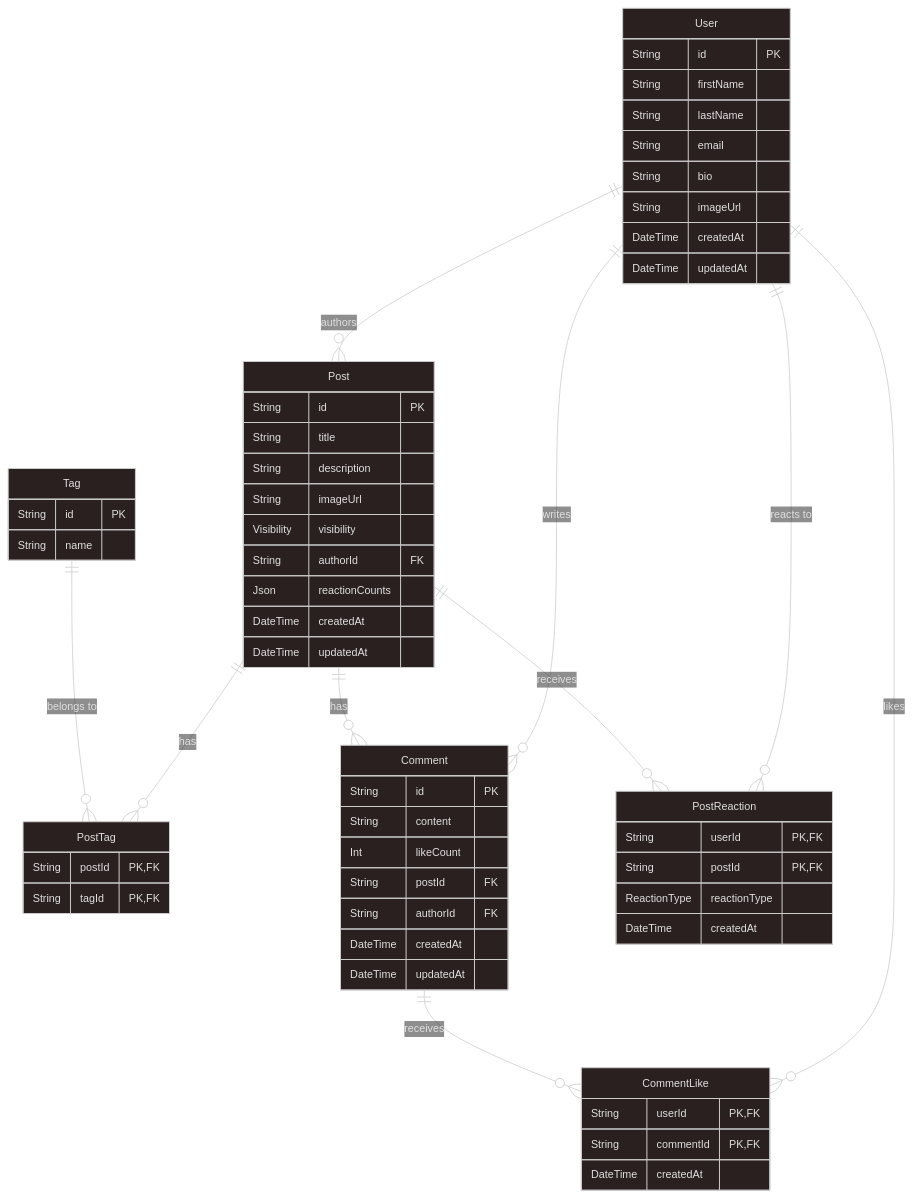
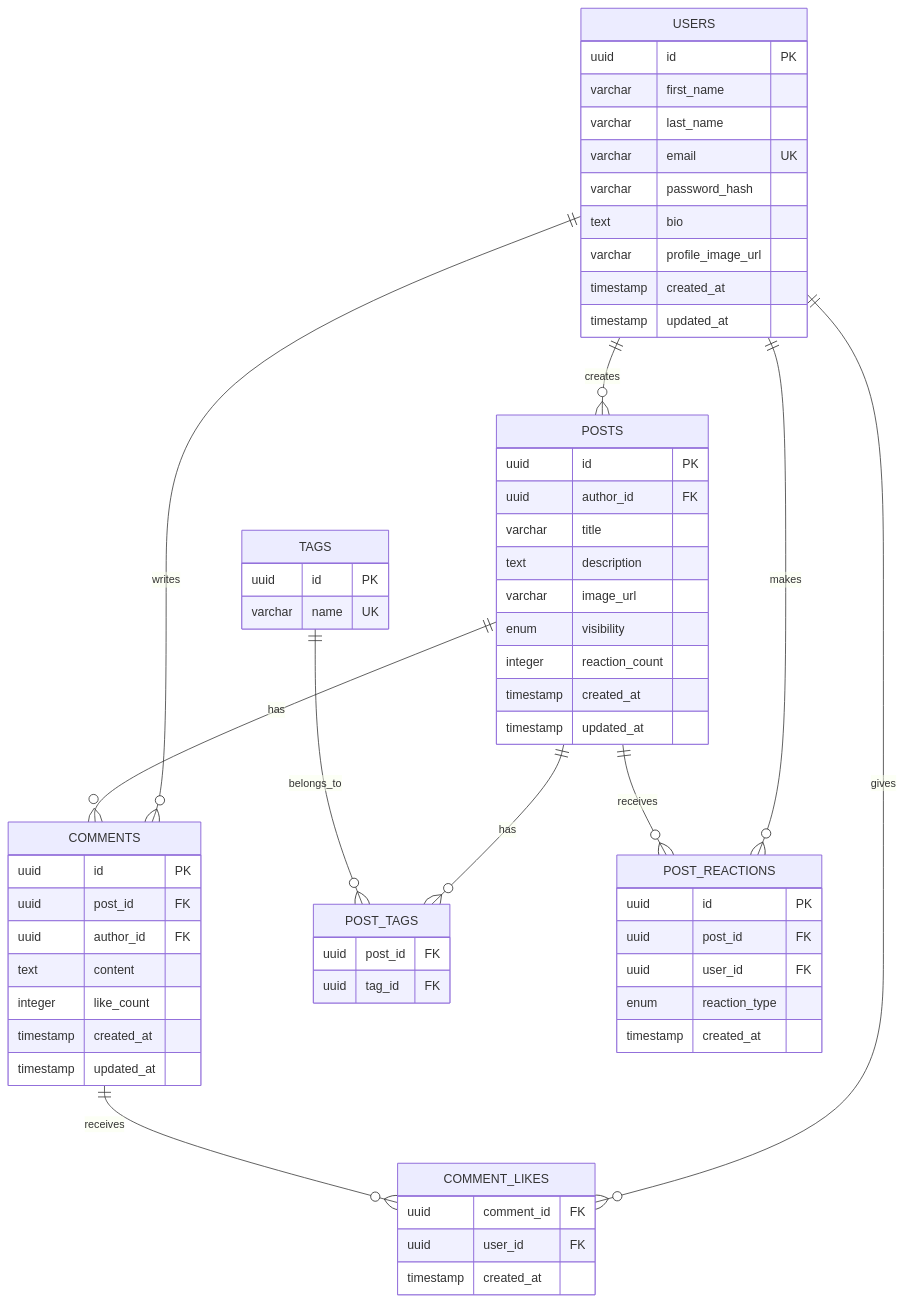
The diagram in server/ERD.mmd (warmachine028/memories), drawn with Mermaid before and after one commit. The commit also changed 5 other files, not shown here.

Commit message:
feat: prisma schema

```diff
--- a/server/ERD.mmd
+++ b/server/ERD.mmd
@@ -1,63 +1,62 @@
----
-config:
-  theme: neo-dark
----
 erDiagram
-    User {
-        String id PK
-        String firstName
-        String lastName
-        String email
-        String bio
-        String imageUrl
-        DateTime createdAt
-        DateTime updatedAt
+    USERS {
+        uuid id PK
+        varchar first_name
+        varchar last_name
+        varchar email UK
+        varchar password_hash
+        text bio
+        varchar profile_image_url
+        timestamp created_at
+        timestamp updated_at
     }
-    Post {
-        String id PK
-        String title
-        String description
-        String imageUrl
-        Visibility visibility
-        String authorId FK
-        Json reactionCounts
-        DateTime createdAt
-        DateTime updatedAt
+    POSTS {
+        uuid id PK
+        uuid author_id FK
+        varchar title
+        text description
+        varchar image_url
+        enum visibility
+        integer reaction_count
+        timestamp created_at
+        timestamp updated_at
     }
-    Tag {
-        String id PK
-        String name
+    TAGS {
+        uuid id PK
+        varchar name UK
     }
-    PostTag {
-        String postId PK,FK
-        String tagId PK,FK
+    COMMENTS {
+        uuid id PK
+        uuid post_id FK
+        uuid author_id FK
+        text content
+        integer like_count
+        timestamp created_at
+        timestamp updated_at
     }
-    Comment {
-        String id PK
-        String content
-        Int likeCount
-        String postId FK
-        String authorId FK
-        DateTime createdAt
-        DateTime updatedAt
+    POST_TAGS {
+        uuid post_id FK
+        uuid tag_id FK
     }
-    PostReaction {
-        String userId PK,FK
-        String postId PK,FK
-        ReactionType reactionType
-        DateTime createdAt
+    POST_REACTIONS {
+        uuid id PK
+        uuid post_id FK
+        uuid user_id FK
+        enum reaction_type
+        timestamp created_at
     }
-    CommentLike {
-        String userId PK,FK
-        String commentId PK,FK
-        DateTime createdAt
+    COMMENT_LIKES {
+        uuid comment_id FK
+        uuid user_id FK
+        timestamp created_at
     }
-    User ||--o{ Post : "authors"
-    User ||--o{ Comment : "writes"
-    User ||--o{ PostReaction : "reacts to"
-    User ||--o{ CommentLike : "likes"
-    Post ||--o{ Comment : "has"
-    Post ||--o{ PostReaction : "receives"
-    Post ||--o{ PostTag : "has"
-    Tag ||--o{ PostTag : "belongs to"
-    Comment ||--o{ CommentLike : "receives"
+
+    USERS ||--o{ POSTS : creates
+    USERS ||--o{ COMMENTS : writes
+    POSTS ||--o{ COMMENTS : has
+    POSTS ||--o{ POST_TAGS : has
+    TAGS ||--o{ POST_TAGS : belongs_to
+    USERS ||--o{ POST_REACTIONS : makes
+    POSTS ||--o{ POST_REACTIONS : receives
+    USERS ||--o{ COMMENT_LIKES : gives
+    COMMENTS ||--o{ COMMENT_LIKES : receives
```
